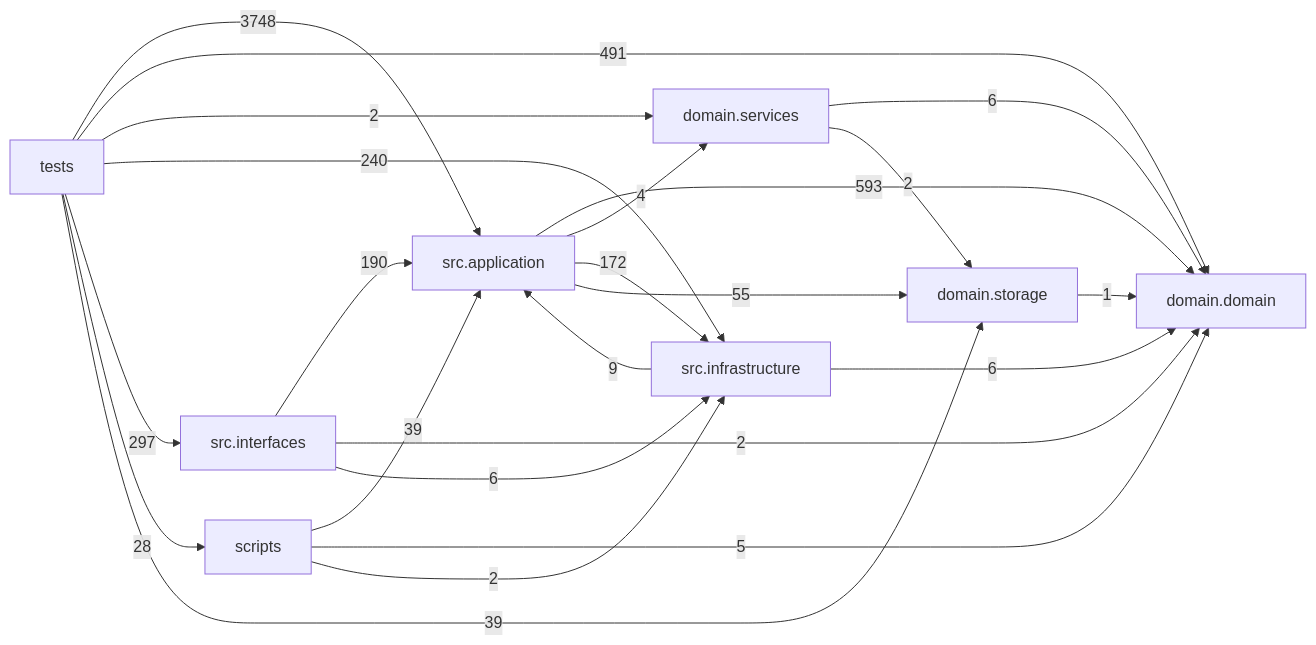
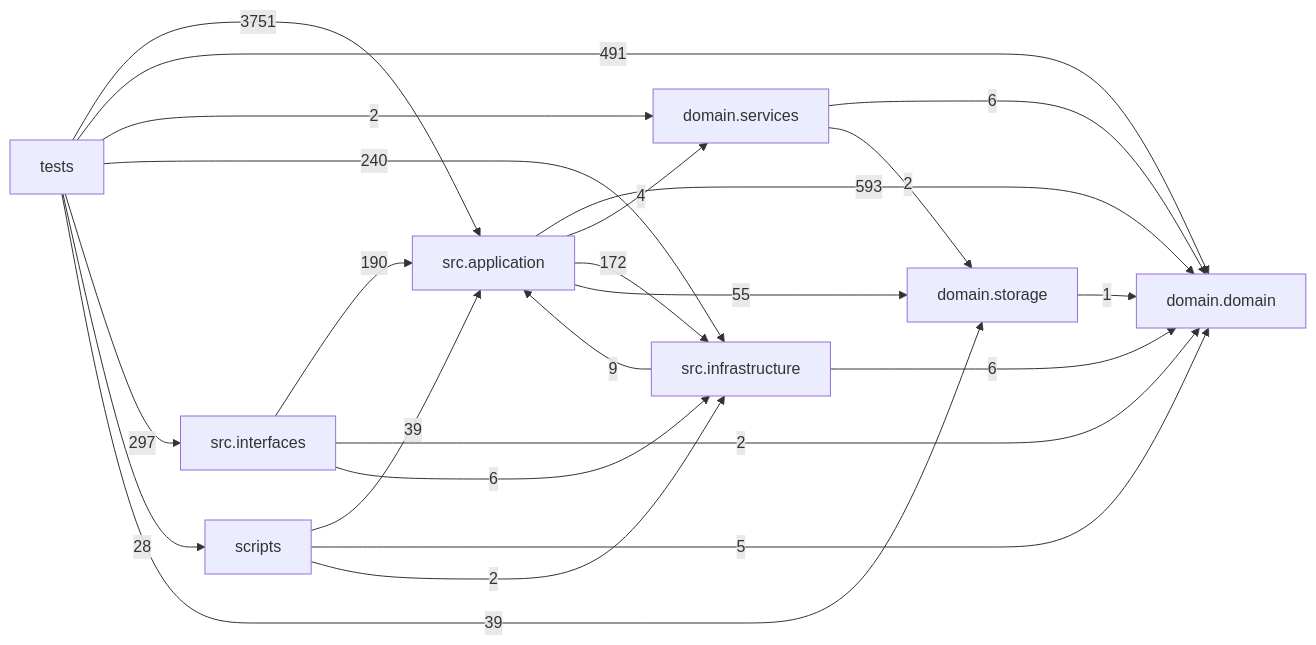
The diagram in docs/DEPENDENCY_GRAPH.md (liuxie066/options-monitor), drawn with Mermaid before and after one commit. The commit also changed other lines of this file and 3 other files, not shown here.

````diff
--- a/docs/DEPENDENCY_GRAPH.md
+++ b/docs/DEPENDENCY_GRAPH.md
@@ -24,33 +24,33 @@
 ```mermaid
 flowchart LR
   tests["tests"]
   scripts["scripts"]
   interfaces["src.interfaces"]
   application["src.application"]
   infrastructure["src.infrastructure"]
   domain_services["domain.services"]
   domain["domain.domain"]
   storage["domain.storage"]
   application -->|593| domain
   application -->|4| domain_services
   application -->|172| infrastructure
   application -->|55| storage
   domain_services -->|6| domain
   domain_services -->|2| storage
   infrastructure -->|9| application
   infrastructure -->|6| domain
   interfaces -->|190| application
   interfaces -->|2| domain
   interfaces -->|6| infrastructure
   scripts -->|39| application
   scripts -->|5| domain
   scripts -->|2| infrastructure
   storage -->|1| domain
-  tests -->|3748| application
+  tests -->|3751| application
   tests -->|491| domain
   tests -->|2| domain_services
   tests -->|240| infrastructure
   tests -->|297| interfaces
   tests -->|28| scripts
   tests -->|39| storage
 ```
````
